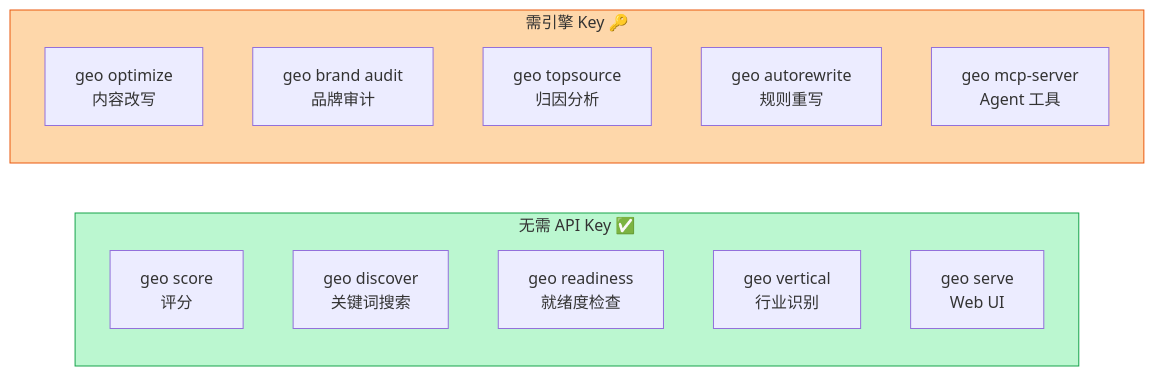
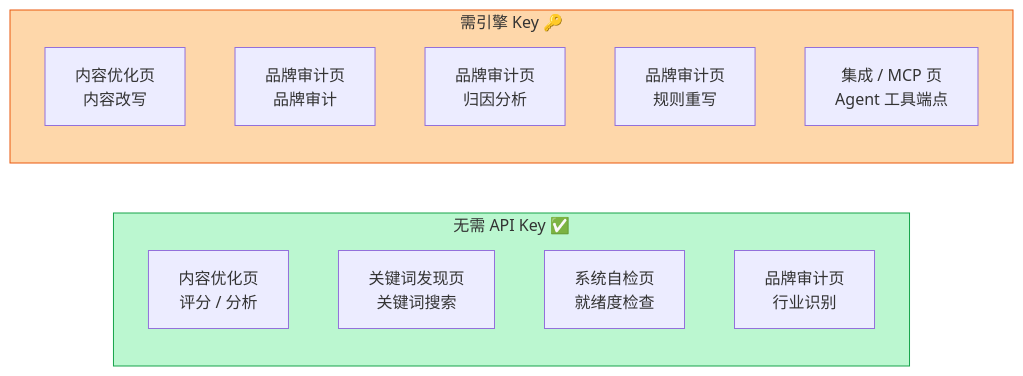
The third of 31 diagrams in docs/architecture.md (deep2code/geo), drawn with Mermaid before and after one commit. The commit also changed other lines of this file and 48 other files, not shown here.

````diff
--- a/docs/architecture.md
+++ b/docs/architecture.md
@@ -112,21 +111,20 @@
 ```mermaid
 graph LR
     subgraph 零配置可用["无需 API Key ✅"]
-        geo_score["geo score<br/>评分"]
-        geo_discover["geo discover<br/>关键词搜索"]
-        geo_readiness["geo readiness<br/>就绪度检查"]
-        geo_vertical["geo vertical<br/>行业识别"]
-        geo_serve["geo serve<br/>Web UI"]
+        geo_score["内容优化页<br/>评分 / 分析"]
+        geo_discover["关键词发现页<br/>关键词搜索"]
+        geo_readiness["系统自检页<br/>就绪度检查"]
+        geo_vertical["品牌审计页<br/>行业识别"]
     end
 
     subgraph 需要APIKey["需引擎 Key 🔑"]
-        geo_optimize["geo optimize<br/>内容改写"]
-        geo_audit["geo brand audit<br/>品牌审计"]
-        geo_topsource["geo topsource<br/>归因分析"]
-        geo_autorewrite["geo autorewrite<br/>规则重写"]
-        geo_mcp["geo mcp-server<br/>Agent 工具"]
+        geo_optimize["内容优化页<br/>内容改写"]
+        geo_audit["品牌审计页<br/>品牌审计"]
+        geo_topsource["品牌审计页<br/>归因分析"]
+        geo_autorewrite["品牌审计页<br/>规则重写"]
+        geo_mcp["集成 / MCP 页<br/>Agent 工具端点"]
     end
 
     style 零配置可用 fill:#bbf7d0,stroke:#16a34a
     style 需要APIKey fill:#fed7aa,stroke:#ea580c
 ```
````
